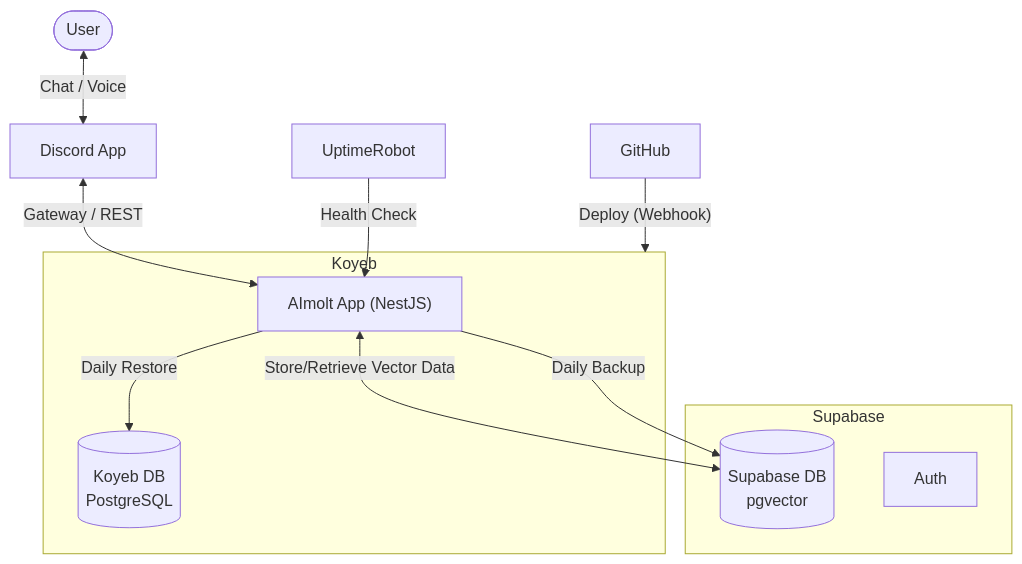
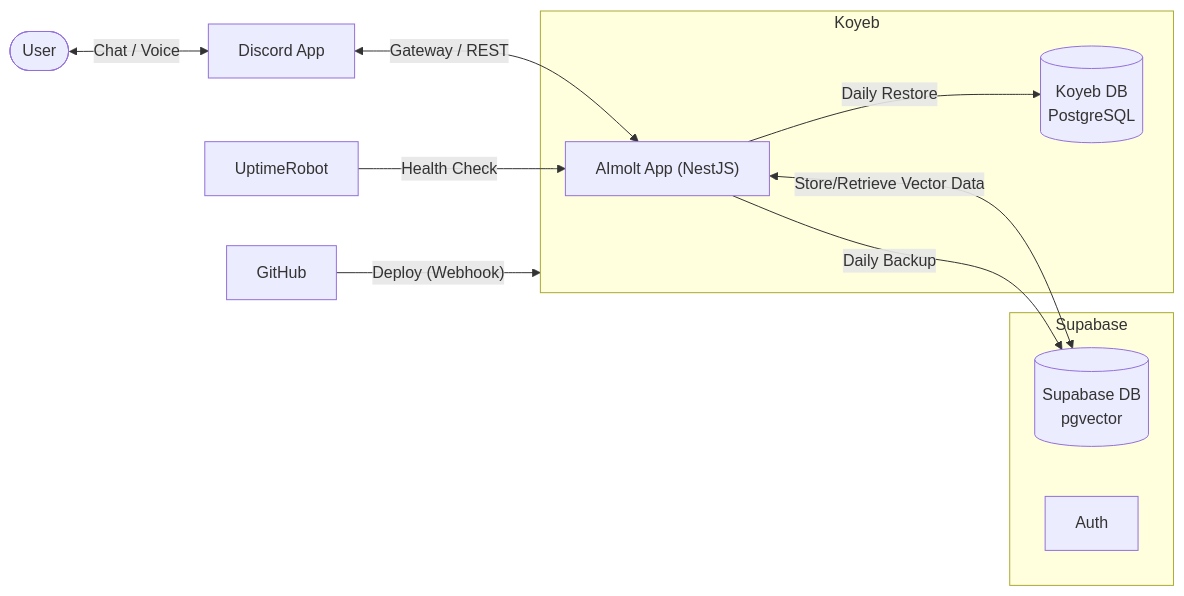
Before and after one commit to litoma/aimolt: the first of 2 diagrams in README.md, drawn with Mermaid. The commit also changed other lines of this file, not shown here.

Commit message:
Update system architecture diagram to LR layout and change icon

````diff
--- a/README.md
+++ b/README.md
@@ -74,27 +74,27 @@
 ```mermaid
-graph TD
+graph LR
     User([User])
     Discord[Discord App]
     GitHub[GitHub]
     UptimeRobot[UptimeRobot]
     
     subgraph Koyeb
         App["AImolt App (NestJS)"]
         KoyebDB[("Koyeb DB<br>PostgreSQL")]
     end
     
     subgraph Supabase
         SupabaseDB[("Supabase DB<br>pgvector")]
         SupabaseAuth[Auth]
     end
 
     User <-->|"Chat / Voice"| Discord
     Discord <-->|"Gateway / REST"| App
     
     App <-->|"Store/Retrieve Vector Data"| SupabaseDB
     App -->|"Daily Backup"| SupabaseDB
     App -->|"Daily Restore"| KoyebDB
     
     GitHub -->|"Deploy (Webhook)"| Koyeb
     UptimeRobot -->|"Health Check"| App
 ```
````
